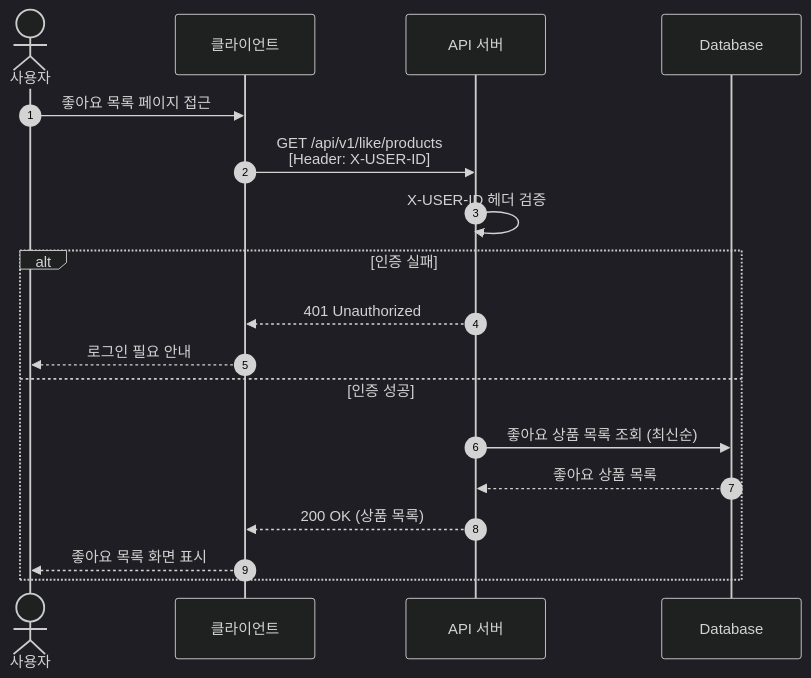
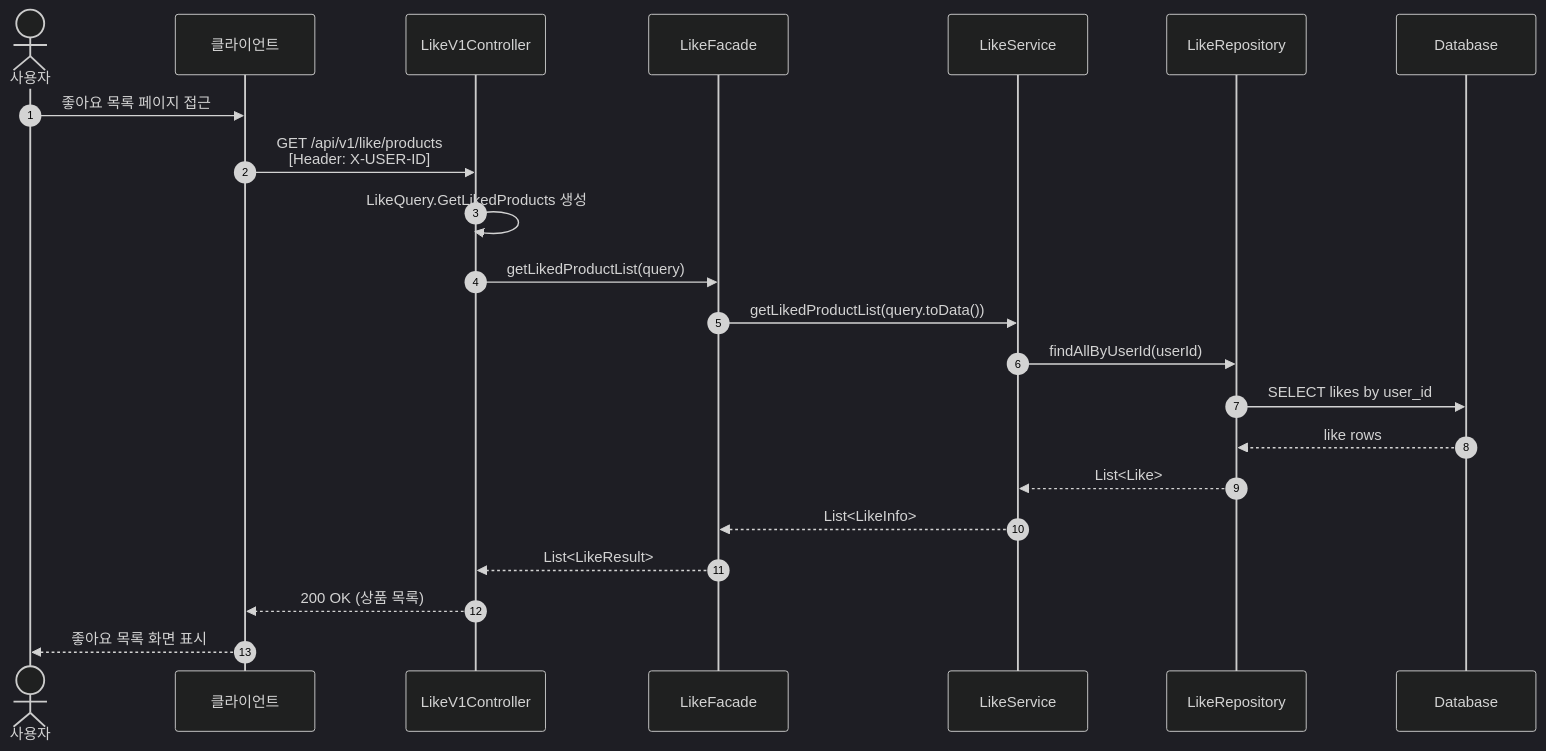
Before and after one commit to yht0827/my-commerce: the tenth of 14 diagrams in docs/02-sequence-diagrams.md, drawn with Mermaid (dark theme). The commit also changed other lines of this file and 16 other files, not shown here.

First line of the commit message:
:sparkles: feat: 좋아요 도메인 추가 및 API/비즈니스 로직 구현

````diff
--- a/docs/02-sequence-diagrams.md
+++ b/docs/02-sequence-diagrams.md
@@ -374,23 +382,25 @@
 ```mermaid
 sequenceDiagram
     autonumber
     actor User as 사용자
     participant Client as 클라이언트
-    participant Server as API 서버
+    participant Controller as LikeV1Controller
+    participant Facade as LikeFacade
+    participant Service as LikeService
+    participant Repository as LikeRepository
     participant DB as Database
 
     User->>Client: 좋아요 목록 페이지 접근
-    Client->>Server: GET /api/v1/like/products<br/>[Header: X-USER-ID]
-
-    Server->>Server: X-USER-ID 헤더 검증
-
-    alt 인증 실패
-        Server-->>Client: 401 Unauthorized
-        Client-->>User: 로그인 필요 안내
-    else 인증 성공
-        Server->>DB: 좋아요 상품 목록 조회 (최신순)
-        DB-->>Server: 좋아요 상품 목록
-        Server-->>Client: 200 OK (상품 목록)
-        Client-->>User: 좋아요 목록 화면 표시
-    end
+    Client->>Controller: GET /api/v1/like/products<br/>[Header: X-USER-ID]
+    Controller->>Controller: LikeQuery.GetLikedProducts 생성
+    Controller->>Facade: getLikedProductList(query)
+    Facade->>Service: getLikedProductList(query.toData())
+    Service->>Repository: findAllByUserId(userId)
+    Repository->>DB: SELECT likes by user_id
+    DB-->>Repository: like rows
+    Repository-->>Service: List<Like>
+    Service-->>Facade: List<LikeInfo>
+    Facade-->>Controller: List<LikeResult>
+    Controller-->>Client: 200 OK (상품 목록)
+    Client-->>User: 좋아요 목록 화면 표시
 ```
````
